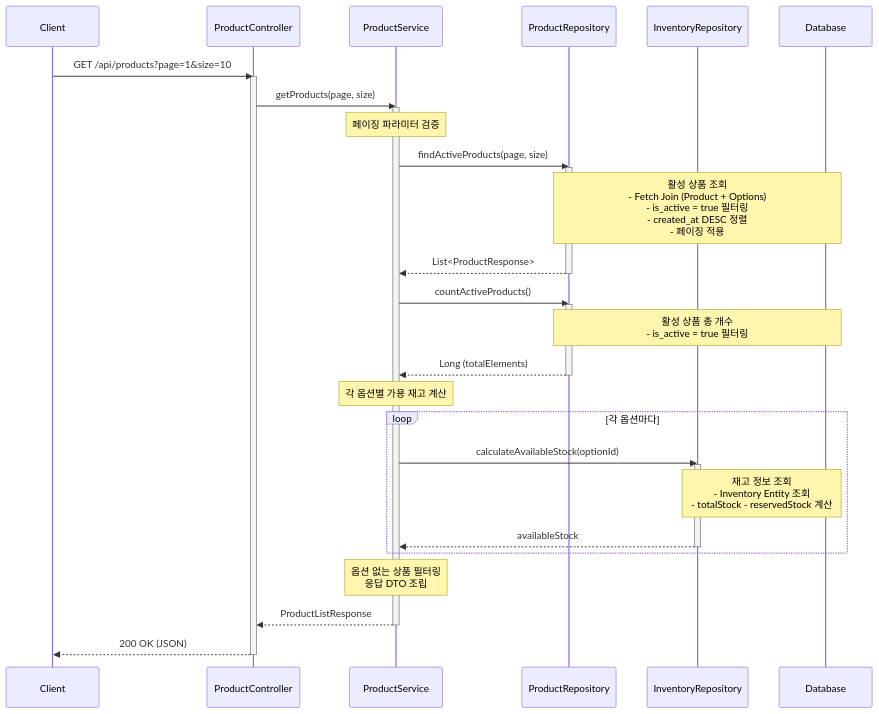
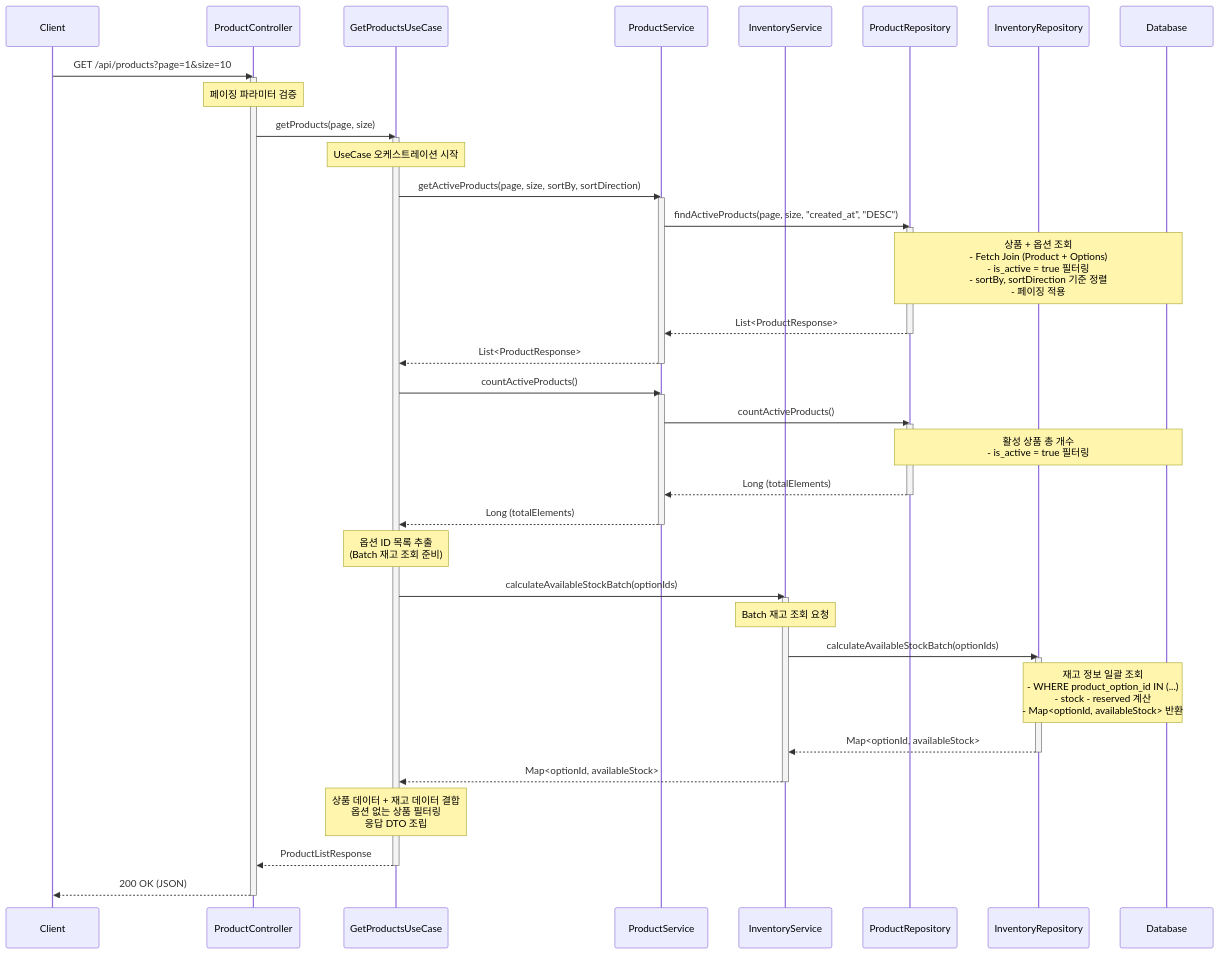
The diagram in docs/api/product/get-products.md (edit8080/commerce-api), drawn with Mermaid before and after one commit. The commit also changed other lines of this file and 12 other files, not shown here.

````diff
--- a/docs/api/product/get-products.md
+++ b/docs/api/product/get-products.md
@@ -191,52 +193,75 @@
 ```mermaid
 sequenceDiagram
     participant Client as Client
     participant Controller as ProductController
-    participant Service as ProductService
+    participant UseCase as GetProductsUseCase
+    participant ProdService as ProductService
+    participant InvService as InventoryService
     participant ProdRepo as ProductRepository
     participant InvRepo as InventoryRepository
     participant DB as Database
 
     Client->>Controller: GET /api/products?page=1&size=10
     activate Controller
 
-    Controller->>Service: getProducts(page, size)
-    activate Service
+    Note over Controller: 페이징 파라미터 검증
 
-    Note over Service: 페이징 파라미터 검증
+    Controller->>UseCase: getProducts(page, size)
+    activate UseCase
 
-    Service->>ProdRepo: findActiveProducts(page, size)
+    Note over UseCase: UseCase 오케스트레이션 시작
+
+    UseCase->>ProdService: getActiveProducts(page, size, sortBy, sortDirection)
+    activate ProdService
+
+    ProdService->>ProdRepo: findActiveProducts(page, size, "created_at", "DESC")
     activate ProdRepo
 
-    Note over ProdRepo,DB: 활성 상품 조회<br/>- Fetch Join (Product + Options)<br/>- is_active = true 필터링<br/>- created_at DESC 정렬<br/>- 페이징 적용
+    Note over ProdRepo,DB: 상품 + 옵션 조회<br/>- Fetch Join (Product + Options)<br/>- is_active = true 필터링<br/>- sortBy, sortDirection 기준 정렬<br/>- 페이징 적용
 
-    ProdRepo-->>Service: List<ProductResponse>
+    ProdRepo-->>ProdService: List<ProductResponse>
     deactivate ProdRepo
 
-    Service->>ProdRepo: countActiveProducts()
+    ProdService-->>UseCase: List<ProductResponse>
+    deactivate ProdService
+
+    UseCase->>ProdService: countActiveProducts()
+    activate ProdService
+
+    ProdService->>ProdRepo: countActiveProducts()
     activate ProdRepo
 
     Note over ProdRepo,DB: 활성 상품 총 개수<br/>- is_active = true 필터링
 
-    ProdRepo-->>Service: Long (totalElements)
+    ProdRepo-->>ProdService: Long (totalElements)
     deactivate ProdRepo
 
-    Note over Service: 각 옵션별 가용 재고 계산
+    ProdService-->>UseCase: Long (totalElements)
+    deactivate ProdService
 
-    loop 각 옵션마다
-        Service->>InvRepo: calculateAvailableStock(optionId)
-        activate InvRepo
+    Note over UseCase: 옵션 ID 목록 추출<br/>(Batch 재고 조회 준비)
 
-        Note over InvRepo,DB: 재고 정보 조회<br/>- Inventory Entity 조회<br/>- totalStock - reservedStock 계산
+    UseCase->>InvService: calculateAvailableStockBatch(optionIds)
+    activate InvService
 
-        InvRepo-->>Service: availableStock
-        deactivate InvRepo
-    end
+    Note over InvService: Batch 재고 조회 요청
 
-    Note over Service: 옵션 없는 상품 필터링<br/>응답 DTO 조립
-    Service-->>Controller: ProductListResponse
-    deactivate Service
+    InvService->>InvRepo: calculateAvailableStockBatch(optionIds)
+    activate InvRepo
+
+    Note over InvRepo,DB: 재고 정보 일괄 조회<br/>- WHERE product_option_id IN (...)<br/>- stock - reserved 계산<br/>- Map<optionId, availableStock> 반환
+
+    InvRepo-->>InvService: Map<optionId, availableStock>
+    deactivate InvRepo
+
+    InvService-->>UseCase: Map<optionId, availableStock>
+    deactivate InvService
+
+    Note over UseCase: 상품 데이터 + 재고 데이터 결합<br/>옵션 없는 상품 필터링<br/>응답 DTO 조립
+
+    UseCase-->>Controller: ProductListResponse
+    deactivate UseCase
 
     Controller-->>Client: 200 OK (JSON)
     deactivate Controller
 ```
````
